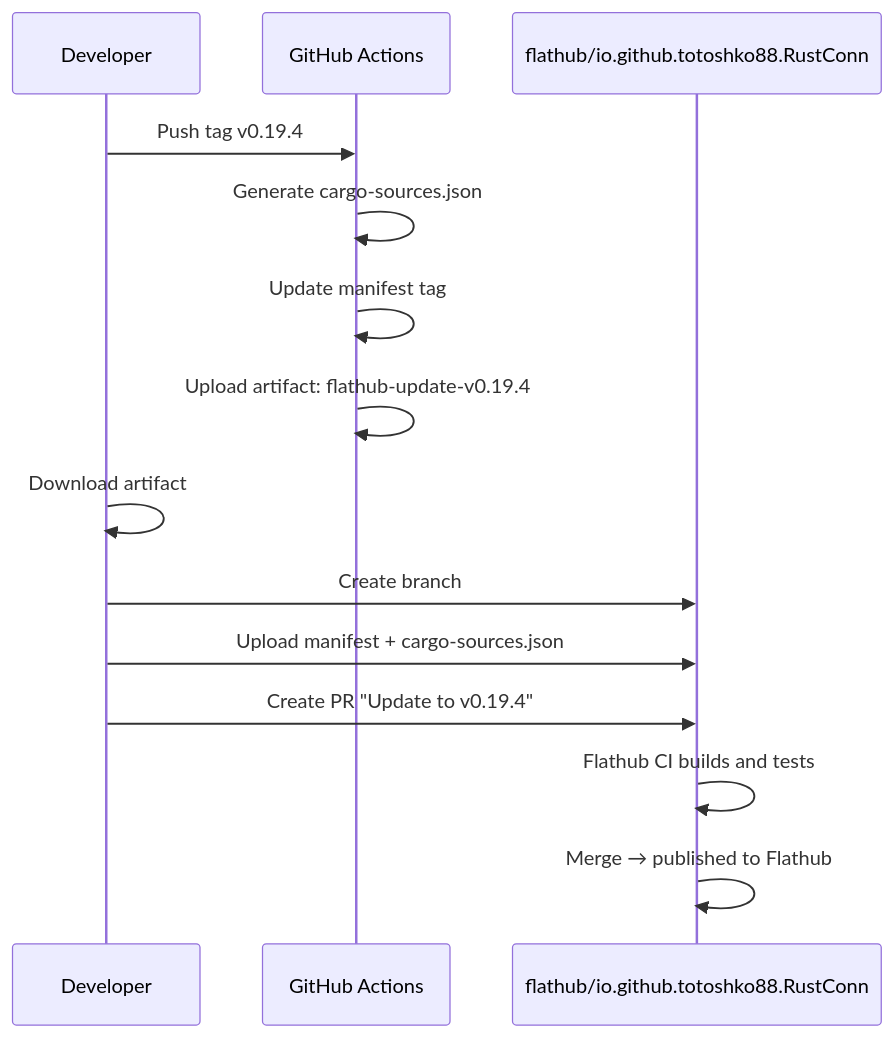
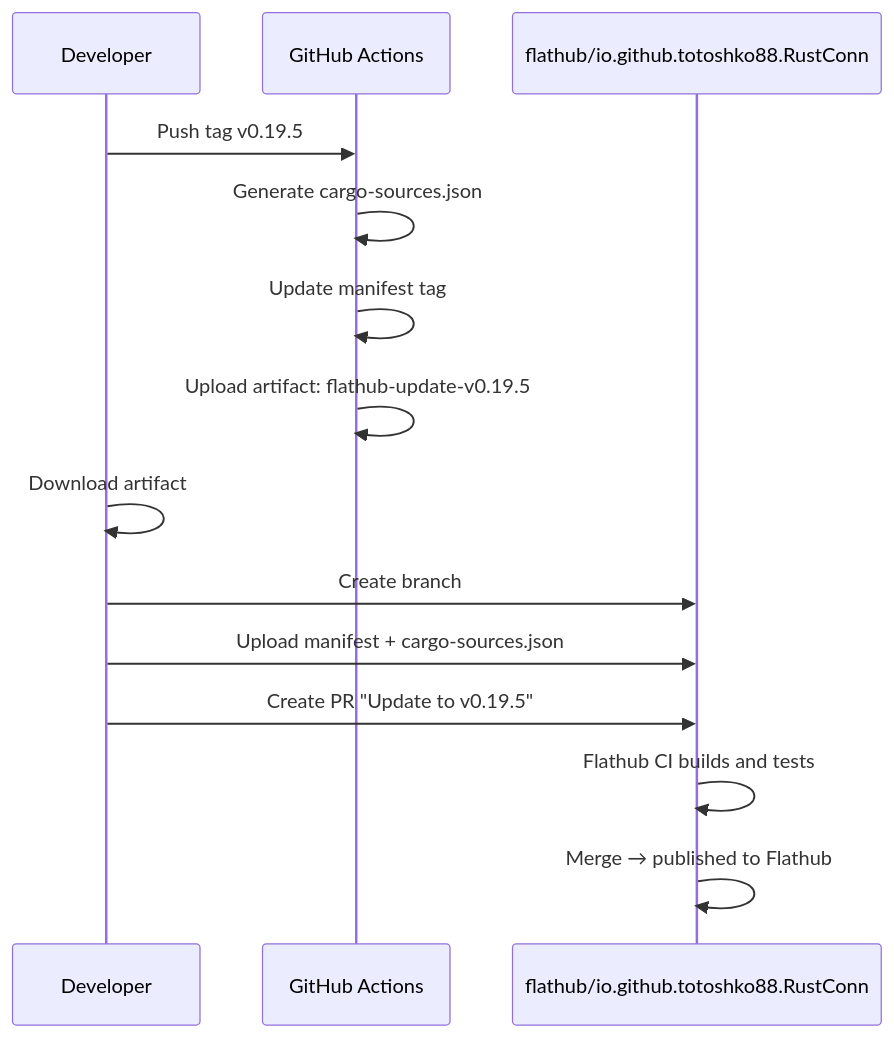
Before and after one commit to philclifford/RustConn: the sixth of 6 diagrams in docs/CI_BUILD_FLOW.md, drawn with Mermaid. The commit also changed other lines of this file and 58 other files, not shown here.

````diff
--- a/docs/CI_BUILD_FLOW.md
+++ b/docs/CI_BUILD_FLOW.md
@@ -255,18 +255,18 @@
 ```mermaid
 sequenceDiagram
     participant Dev as Developer
     participant GH as GitHub Actions
     participant FH as flathub/io.github.totoshko88.RustConn
 
-    Dev->>GH: Push tag v0.19.4
+    Dev->>GH: Push tag v0.19.5
     GH->>GH: Generate cargo-sources.json
     GH->>GH: Update manifest tag
-    GH->>GH: Upload artifact: flathub-update-v0.19.4
+    GH->>GH: Upload artifact: flathub-update-v0.19.5
 
     Dev->>Dev: Download artifact
     Dev->>FH: Create branch
     Dev->>FH: Upload manifest + cargo-sources.json
-    Dev->>FH: Create PR "Update to v0.19.4"
+    Dev->>FH: Create PR "Update to v0.19.5"
     FH->>FH: Flathub CI builds and tests
     FH->>FH: Merge → published to Flathub
 ```
````
